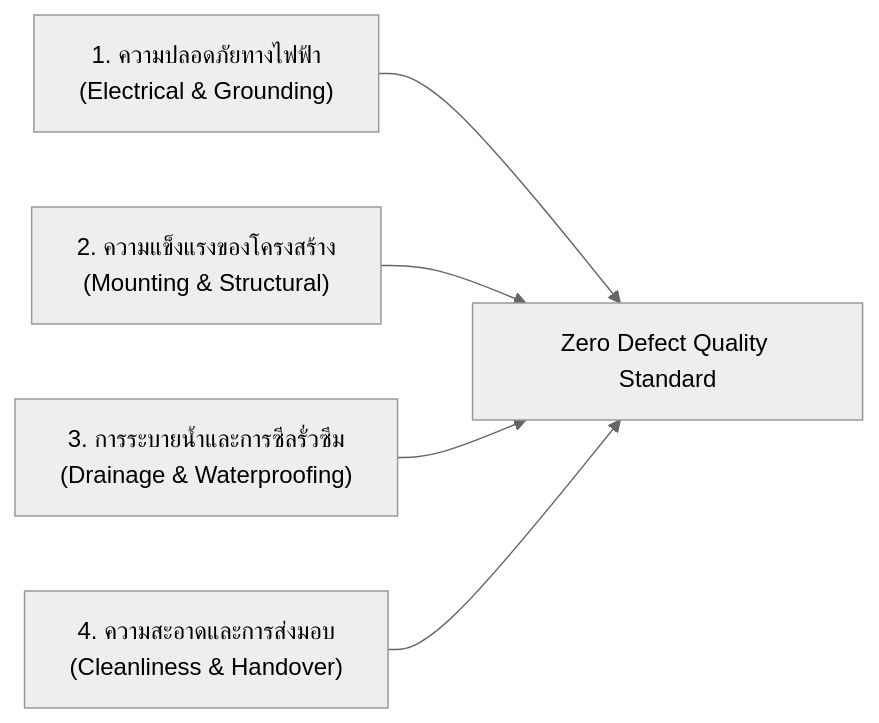
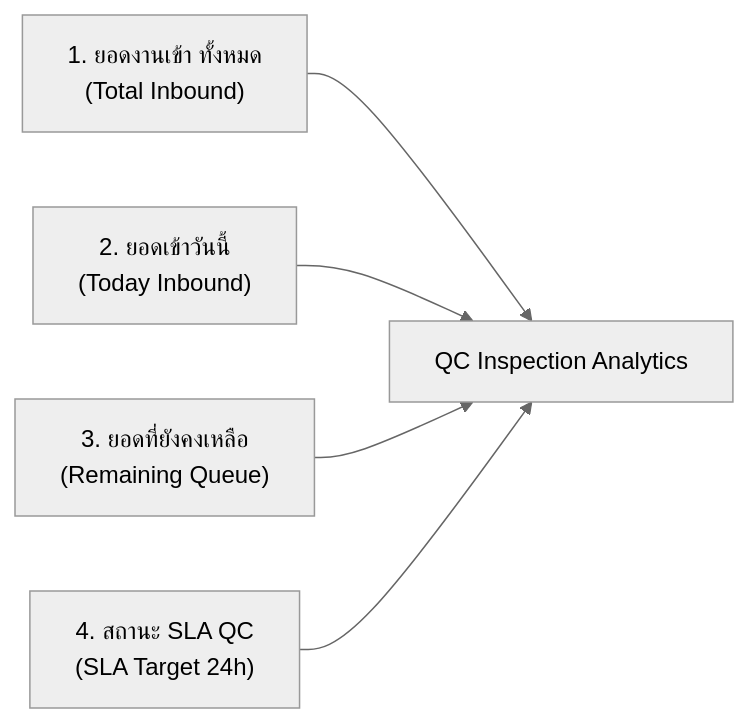
Before and after one commit to isarachootip/pmt_flow: the second of 4 diagrams in doc/คู่มือการใช้งาน_Step6_ตรวจรับรองคุณภาพQC.md, drawn with Mermaid (neutral theme). The commit also changed other lines of this file and 3 other files, not shown here.

````diff
--- a/doc/คู่มือการใช้งาน_Step6_ตรวจรับรองคุณภาพQC.md
+++ b/doc/คู่มือการใช้งาน_Step6_ตรวจรับรองคุณภาพQC.md
@@ -64,12 +61,12 @@
 ```mermaid
 graph LR
-    C1["1. ความปลอดภัยทางไฟฟ้า<br/>(Electrical & Grounding)"]
-    C2["2. ความแข็งแรงของโครงสร้าง<br/>(Mounting & Structural)"]
-    C3["3. การระบายน้ำและการซีลรั่วซึม<br/>(Drainage & Waterproofing)"]
-    C4["4. ความสะอาดและการส่งมอบ<br/>(Cleanliness & Handover)"]
-
-    C1 --> Standard["Zero Defect Quality Standard"]
-    C2 --> Standard
-    C3 --> Standard
-    C4 --> Standard
+    K1["1. ยอดงานเข้า ทั้งหมด<br/>(Total Inbound)"]
+    K2["2. ยอดเข้าวันนี้<br/>(Today Inbound)"]
+    K3["3. ยอดที่ยังคงเหลือ<br/>(Remaining Queue)"]
+    K4["4. สถานะ SLA QC<br/>(SLA Target 24h)"]
+    
+    K1 --> Dash["QC Inspection Analytics"]
+    K2 --> Dash
+    K3 --> Dash
+    K4 --> Dash
 ```
````
